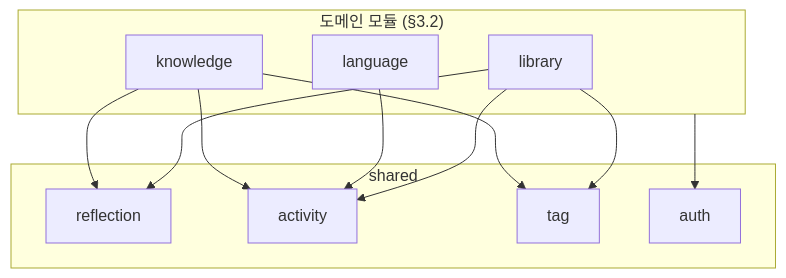
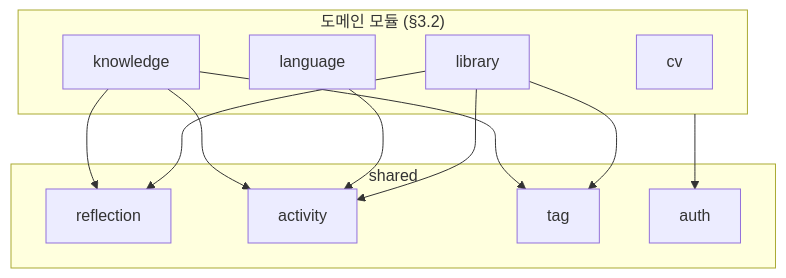
One commit to LeeSongHeon-LSH/LSHobby changed the first of 4 diagrams in docs/15-dcd.md. Above: the diagram before and after it, drawn with Mermaid. The commit also changed other lines of this file and 6 other files, not shown here.

````diff
--- a/docs/15-dcd.md
+++ b/docs/15-dcd.md
@@ -9,18 +9,19 @@
 ```mermaid
 flowchart TD
     subgraph domain["도메인 모듈 (§3.2)"]
         LIB[library]
         LANG[language]
         KNOW[knowledge]
+        CV[cv]
     end
     subgraph shared["shared"]
         REF[reflection]
         ACT[activity]
         TAG[tag]
         AUTH[auth]
     end
     LIB --> REF & ACT & TAG
     LANG --> ACT
     KNOW --> REF & ACT & TAG
     domain --> AUTH
 ```
````
